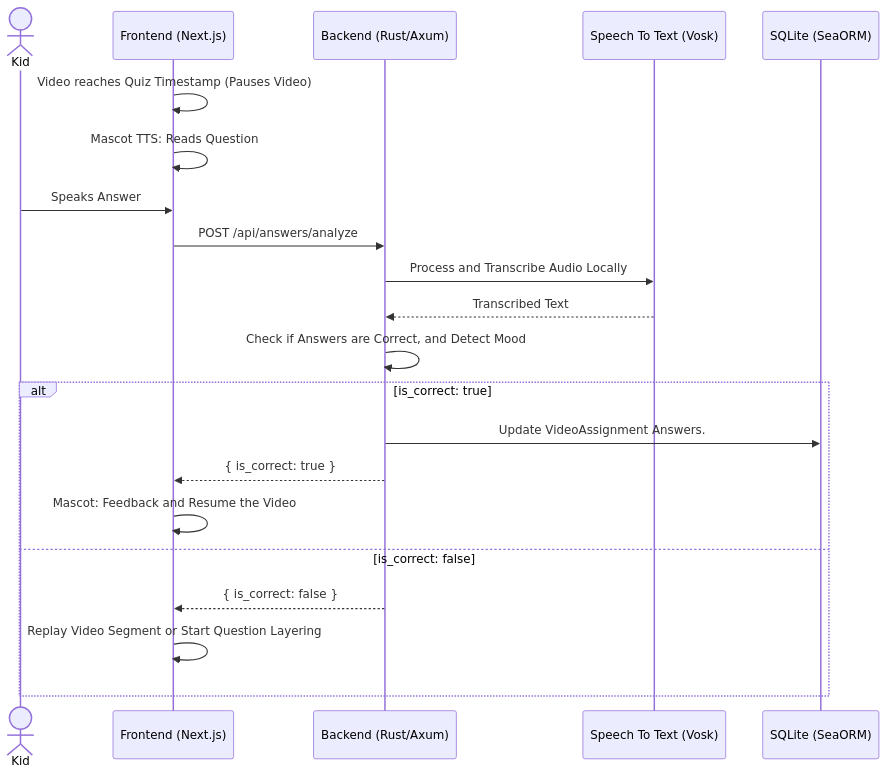
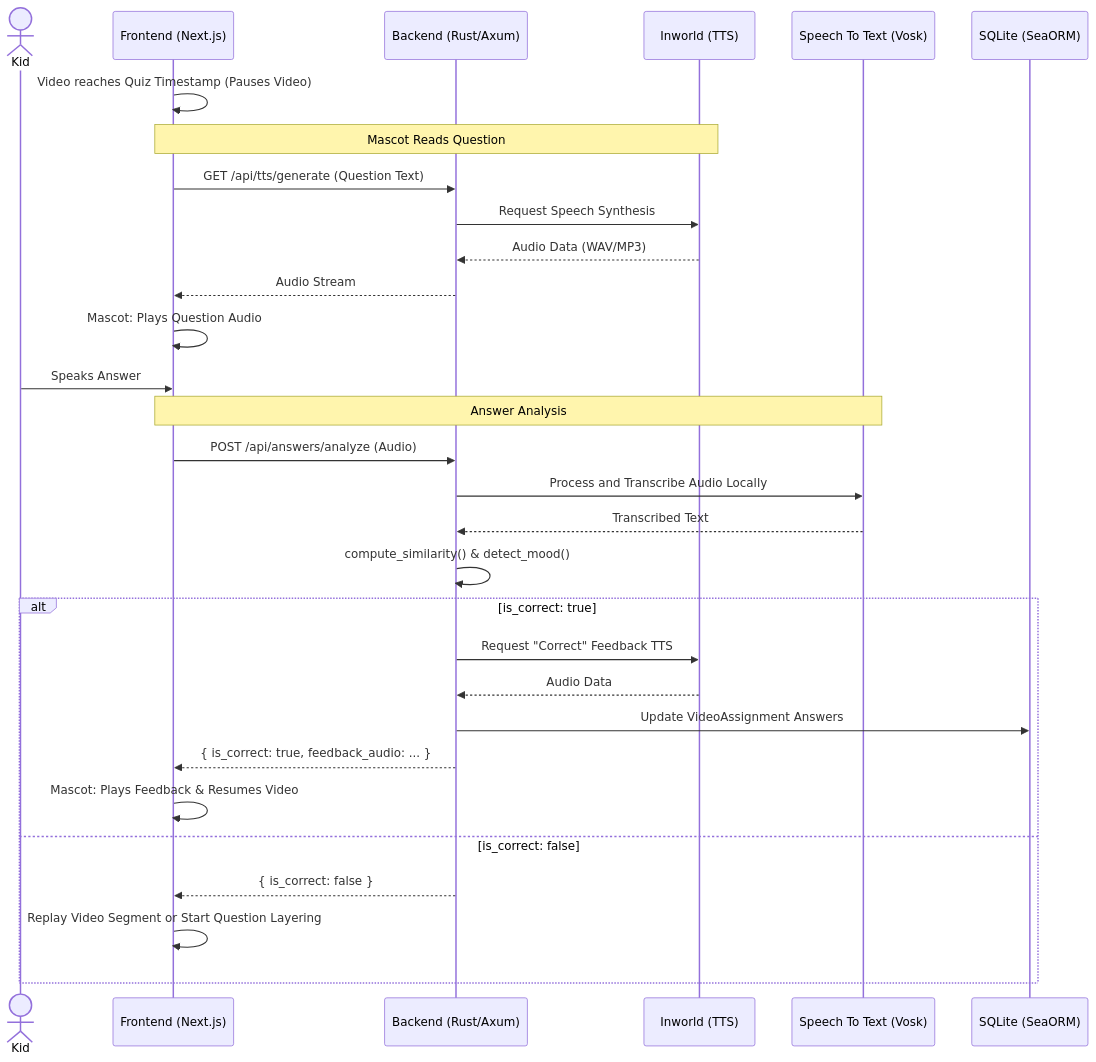
The third of 5 diagrams in documentation/docs/system-architecture/sequence-diagrams.md (Capstone-Projects-2026-spring/piggyback-learning-2), drawn with Mermaid before and after one commit.

Commit message:
Enhance sequence diagram with TTS and feedback flow

````diff
--- a/documentation/docs/system-architecture/sequence-diagrams.md
+++ b/documentation/docs/system-architecture/sequence-diagrams.md
@@ -70,26 +70,37 @@
 ```mermaid
 sequenceDiagram
     actor Kid
     participant WebApp as Frontend (Next.js) 
     participant API as Backend (Rust/Axum)
+    participant Inworld as Inworld (TTS)
     participant Vosk as Speech To Text (Vosk)
     participant DB as SQLite (SeaORM)
 
     WebApp->>WebApp: Video reaches Quiz Timestamp (Pauses Video)
-    WebApp->>WebApp: Mascot TTS: Reads Question
+    
+    Note over WebApp, Inworld: Mascot Reads Question
+    WebApp->>API: GET /api/tts/generate (Question Text)
+    API->>Inworld: Request Speech Synthesis
+    Inworld-->>API: Audio Data (WAV/MP3)
+    API-->>WebApp: Audio Stream
+    WebApp->>WebApp: Mascot: Plays Question Audio
+    
     Kid->>WebApp: Speaks Answer
     
-    WebApp->>API: POST /api/answers/analyze
+    Note over WebApp, Vosk: Answer Analysis
+    WebApp->>API: POST /api/answers/analyze (Audio)
     API->>Vosk: Process and Transcribe Audio Locally
     Vosk-->>API: Transcribed Text
-    API->>API: Check if Answers are Correct, and Detect Mood
+    API->>API: compute_similarity() & detect_mood()
     
     alt is_correct: true
-        API->>DB: Update VideoAssignment Answers.
-        API-->>WebApp: { is_correct: true }
-        WebApp->>WebApp: Mascot: Feedback and Resume the Video
+        API->>Inworld: Request "Correct" Feedback TTS
+        Inworld-->>API: Audio Data
+        API->>DB: Update VideoAssignment Answers
+        API-->>WebApp: { is_correct: true, feedback_audio: ... }
+        WebApp->>WebApp: Mascot: Plays Feedback & Resumes Video
     else is_correct: false
         API-->>WebApp: { is_correct: false }
         WebApp->>WebApp: Replay Video Segment or Start Question Layering
     end
 ```
````
